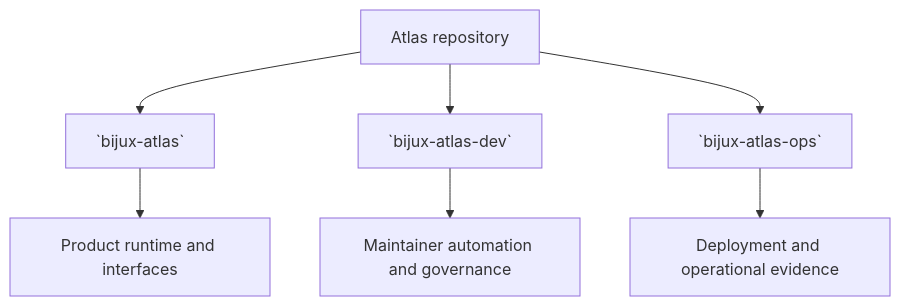
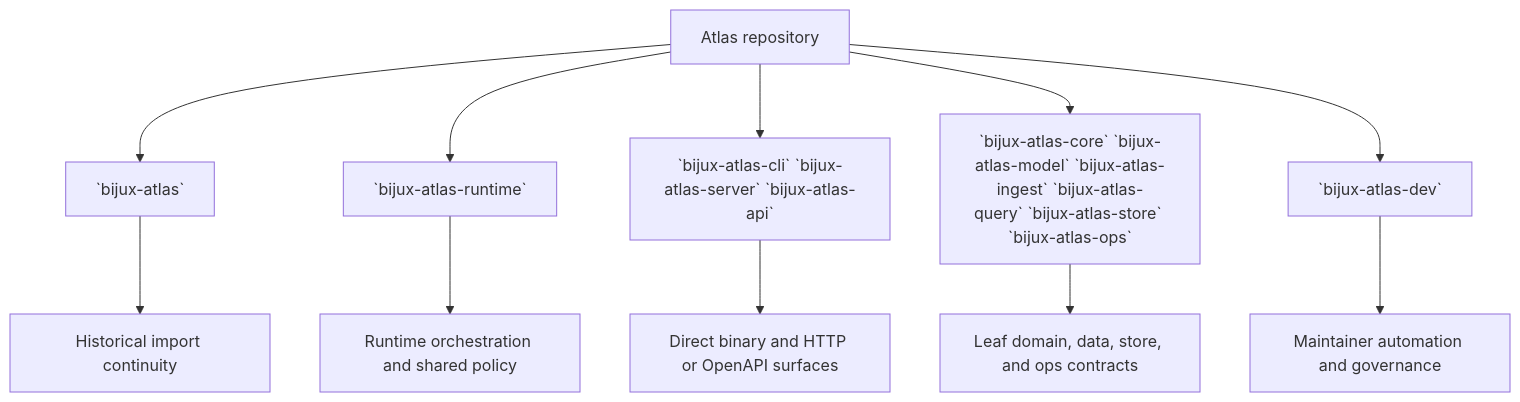
Before and after one commit to bijux/bijux-atlas: the diagram in docs/bijux-atlas/foundations/package-ownership.md, drawn with Mermaid. The commit also changed other lines of this file and 11 other files, not shown here.

Commit message:
docs(release): align atlas 0.2.2 handbook surfaces

````diff
--- a/docs/bijux-atlas/foundations/package-ownership.md
+++ b/docs/bijux-atlas/foundations/package-ownership.md
@@ -22,10 +20,14 @@
 ```mermaid
 flowchart TD
-    Repo[Atlas repository] --> Product[`bijux-atlas`]
+    Repo[Atlas repository] --> Compatibility[`bijux-atlas`]
+    Repo --> Runtime[`bijux-atlas-runtime`]
+    Repo --> BinaryOwners[`bijux-atlas-cli` `bijux-atlas-server` `bijux-atlas-api`]
+    Repo --> LeafOwners[`bijux-atlas-core` `bijux-atlas-model` `bijux-atlas-ingest` `bijux-atlas-query` `bijux-atlas-store` `bijux-atlas-ops`]
     Repo --> ControlPlane[`bijux-atlas-dev`]
-    Repo --> Ops[`bijux-atlas-ops`]
 
-    Product --> Runtime[Product runtime and interfaces]
+    Compatibility --> Alias[Historical import continuity]
+    Runtime --> Orchestration[Runtime orchestration and shared policy]
+    BinaryOwners --> Interfaces[Direct binary and HTTP or OpenAPI surfaces]
+    LeafOwners --> Contracts[Leaf domain, data, store, and ops contracts]
     ControlPlane --> Governance[Maintainer automation and governance]
-    Ops --> Operations[Deployment and operational evidence]
 ```
````
